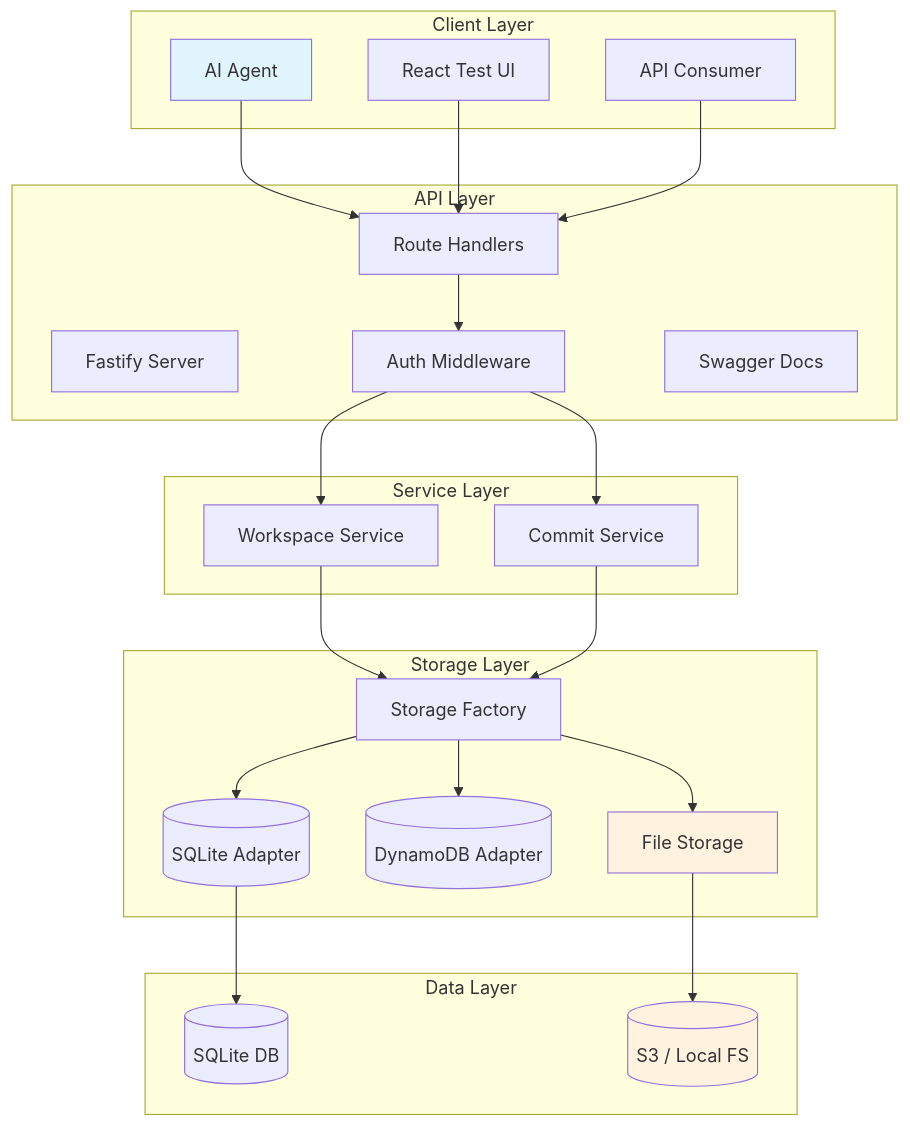
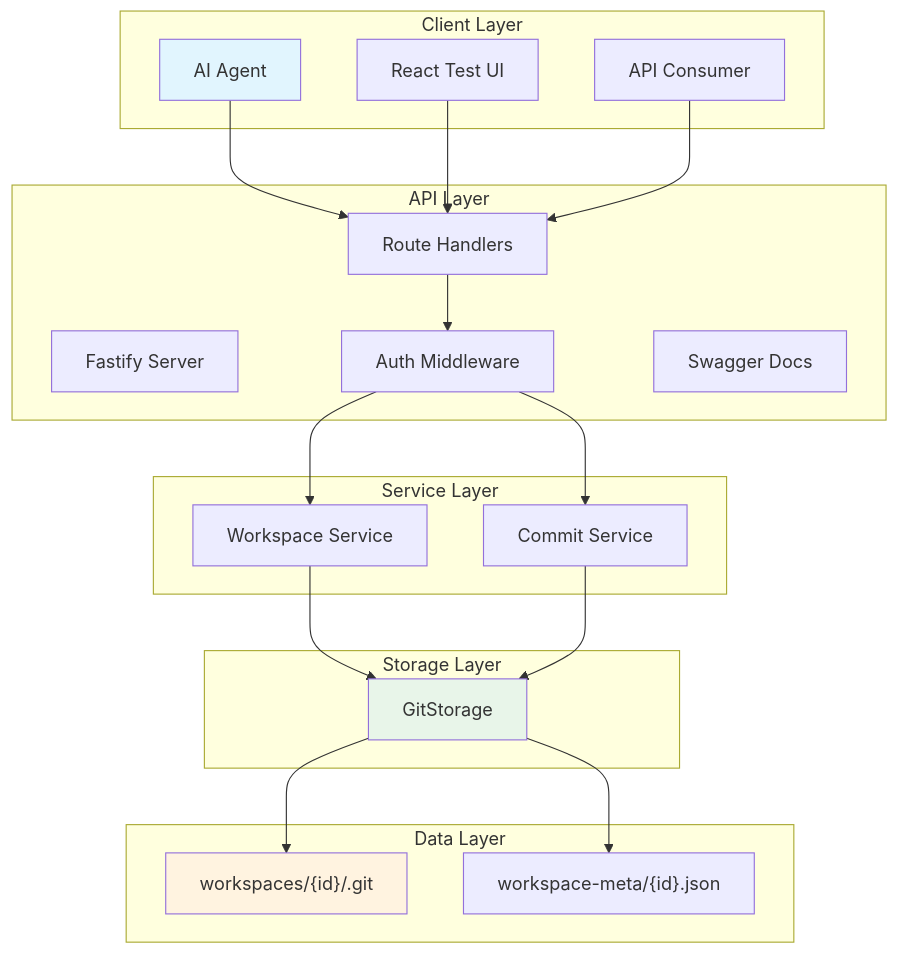
Before and after one commit to hwvaj12/contextvault: the first of 7 diagrams in docs/ARCHITECTURE.md, drawn with Mermaid. The commit also changed other lines of this file, not shown here.

First line of the commit message:
docs: update architecture to reflect Git-native storage

````diff
--- a/docs/ARCHITECTURE.md
+++ b/docs/ARCHITECTURE.md
@@ -10,50 +10,44 @@
 ```mermaid
 graph TB
     subgraph "Client Layer"
         AI[AI Agent]
         UI[React Test UI]
         API[API Consumer]
     end
 
     subgraph "API Layer"
         Fastify[Fastify Server]
         Auth[Auth Middleware]
         Routes[Route Handlers]
         Swagger[Swagger Docs]
     end
 
     subgraph "Service Layer"
         WorkspaceSvc[Workspace Service]
         CommitSvc[Commit Service]
     end
 
     subgraph "Storage Layer"
-        Storage[Storage Factory]
-        SQLite[(SQLite Adapter)]
-        DynamoDB[(DynamoDB Adapter)]
-        Files[File Storage]
+        GitStorage[GitStorage]
     end
 
     subgraph "Data Layer"
-        SQLiteDB[(SQLite DB)]
-        S3[(S3 / Local FS)]
+        WorkspaceRepos["workspaces/{id}/.git"]
+        Meta["workspace-meta/{id}.json"]
     end
 
     AI --> Routes
     UI --> Routes
     API --> Routes
     Routes --> Auth
     Auth --> WorkspaceSvc
     Auth --> CommitSvc
-    WorkspaceSvc --> Storage
-    CommitSvc --> Storage
-    Storage --> Files
-    Storage --> SQLite
-    Storage --> DynamoDB
-    SQLite --> SQLiteDB
-    Files --> S3
+    WorkspaceSvc --> GitStorage
+    CommitSvc --> GitStorage
+    GitStorage --> WorkspaceRepos
+    GitStorage --> Meta
 
     style AI fill:#e1f5fe
-    style Files fill:#fff3e0
-    style S3 fill:#fff3e0
+    style GitStorage fill:#e8f5e9
+    style WorkspaceRepos fill:#fff3e0
 ```
````
